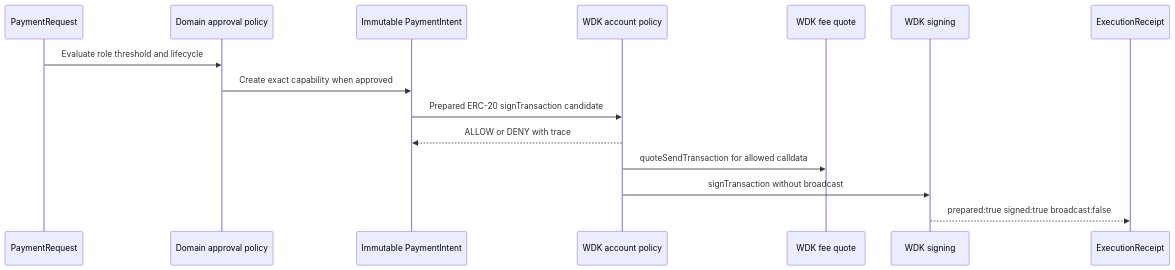
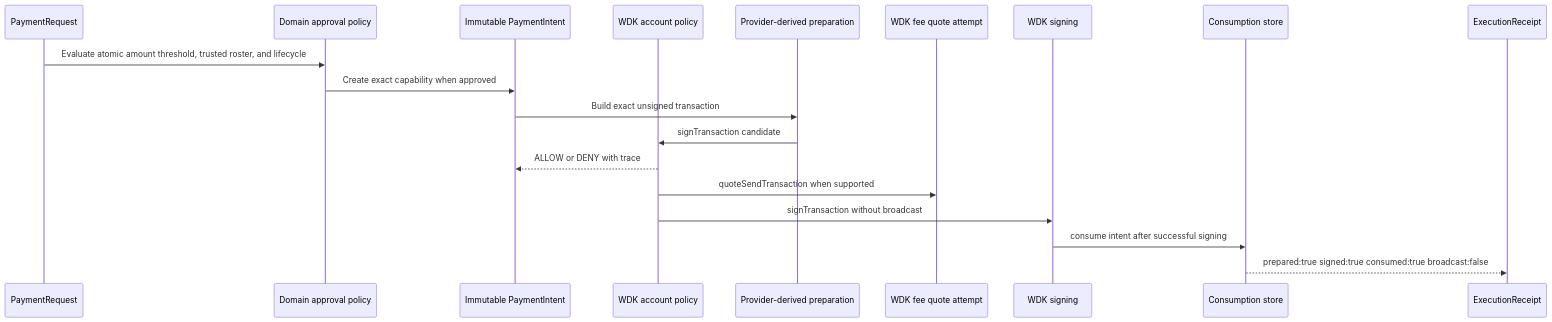
Before and after one commit to alsaecas/cuptreasury: the second of 4 diagrams in docs/ARCHITECTURE.md, drawn with Mermaid. The commit also changed other lines of this file and 21 other files, not shown here.

````diff
--- a/docs/ARCHITECTURE.md
+++ b/docs/ARCHITECTURE.md
@@ -28,18 +28,22 @@
 ```mermaid
 sequenceDiagram
   participant Request as PaymentRequest
   participant Policy as Domain approval policy
   participant Intent as Immutable PaymentIntent
   participant WDK as WDK account policy
-  participant Quote as WDK fee quote
+  participant Prepare as Provider-derived preparation
+  participant Quote as WDK fee quote attempt
   participant Sign as WDK signing
+  participant Store as Consumption store
   participant Receipt as ExecutionReceipt
 
-  Request->>Policy: Evaluate role threshold and lifecycle
+  Request->>Policy: Evaluate atomic amount threshold, trusted roster, and lifecycle
   Policy->>Intent: Create exact capability when approved
-  Intent->>WDK: Prepared ERC-20 signTransaction candidate
+  Intent->>Prepare: Build exact unsigned transaction
+  Prepare->>WDK: signTransaction candidate
   WDK-->>Intent: ALLOW or DENY with trace
-  WDK->>Quote: quoteSendTransaction for allowed calldata
+  WDK->>Quote: quoteSendTransaction when supported
   WDK->>Sign: signTransaction without broadcast
-  Sign-->>Receipt: prepared:true signed:true broadcast:false
+  Sign->>Store: consume intent after successful signing
+  Store-->>Receipt: prepared:true signed:true consumed:true broadcast:false
 ```
````
